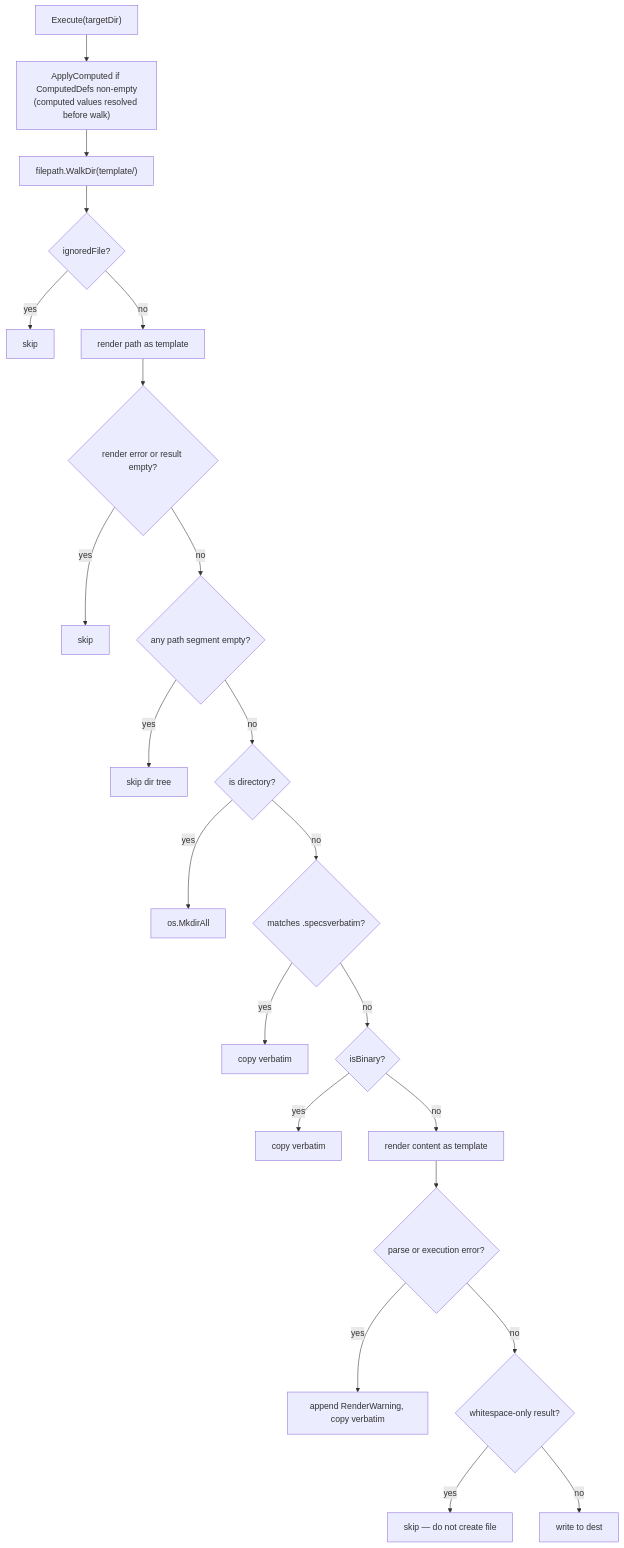
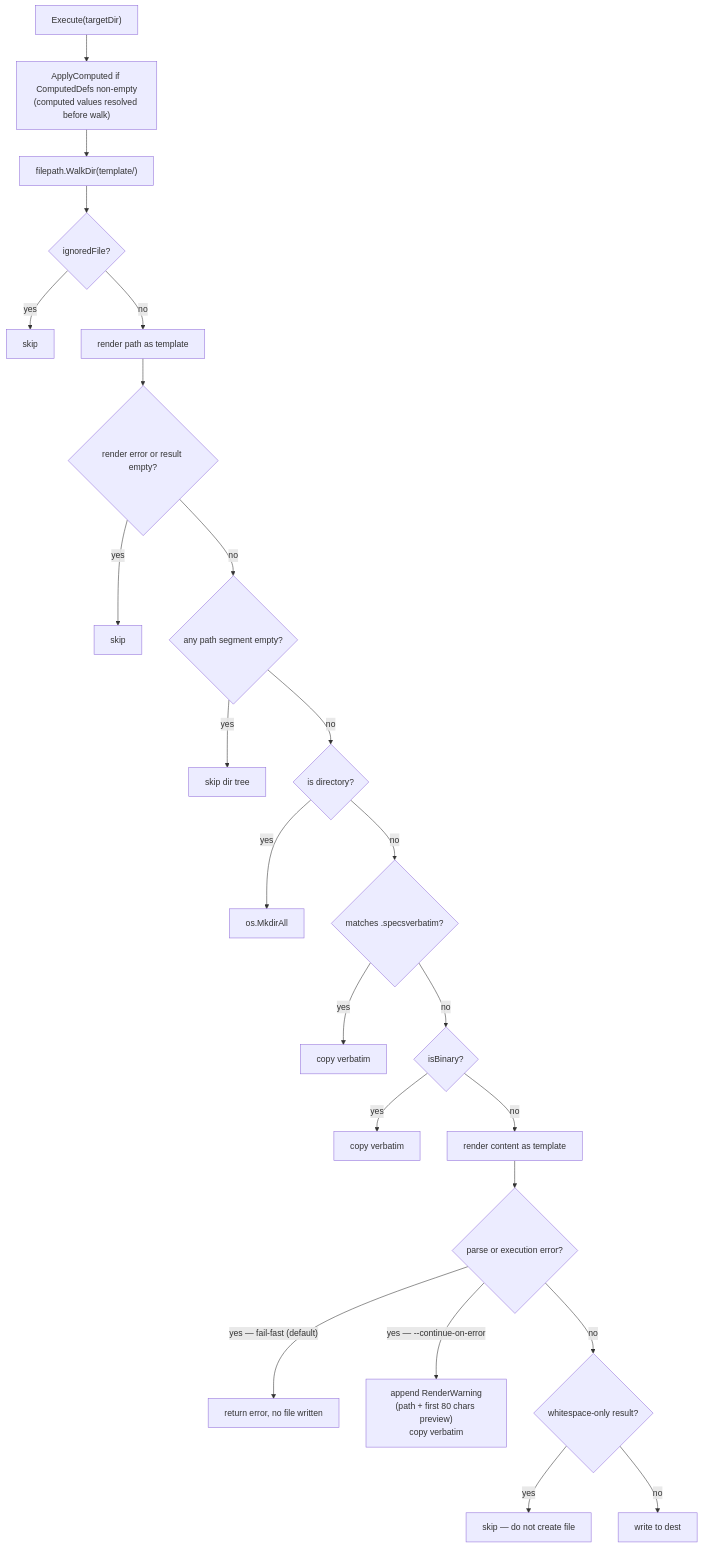
One commit to specsnl/specs-cli changed the diagram in docs/content/docs/architecture/template-engine.md. Above: the diagram before and after it, drawn with Mermaid. The commit also changed other lines of this file and 4 other files, not shown here.

Commit message:
Implemented abort-fast templating with --continue-on-error flag

````diff
--- a/docs/content/docs/architecture/template-engine.md
+++ b/docs/content/docs/architecture/template-engine.md
@@ -129,24 +129,25 @@
 ```mermaid
 flowchart TD
     A["Execute(targetDir)"] --> B["ApplyComputed if ComputedDefs non-empty\n(computed values resolved before walk)"]
     B --> C["filepath.WalkDir(template/)"]
     C --> D{ignoredFile?}
     D -->|yes| Skip1[skip]
     D -->|no| E[render path as template]
     E --> F{render error or result empty?}
     F -->|yes| Skip2[skip]
     F -->|no| G{any path segment empty?}
     G -->|yes| Skip3[skip dir tree]
     G -->|no| H{is directory?}
     H -->|yes| Mkdir[os.MkdirAll]
     H -->|no| I{matches .specsverbatim?}
     I -->|yes| Copy1[copy verbatim]
     I -->|no| J{isBinary?}
     J -->|yes| Copy2[copy verbatim]
     J -->|no| K[render content as template]
     K --> KE{parse or execution error?}
-    KE -->|yes| Warn["append RenderWarning, copy verbatim"]
+    KE -->|"yes — fail-fast (default)"| Abort["return error, no file written"]
+    KE -->|"yes — --continue-on-error"| Warn["append RenderWarning\n(path + first 80 chars preview)\ncopy verbatim"]
     KE -->|no| L{whitespace-only result?}
     L -->|yes| Skip4[skip — do not create file]
     L -->|no| Write[write to dest]
 ```
````
